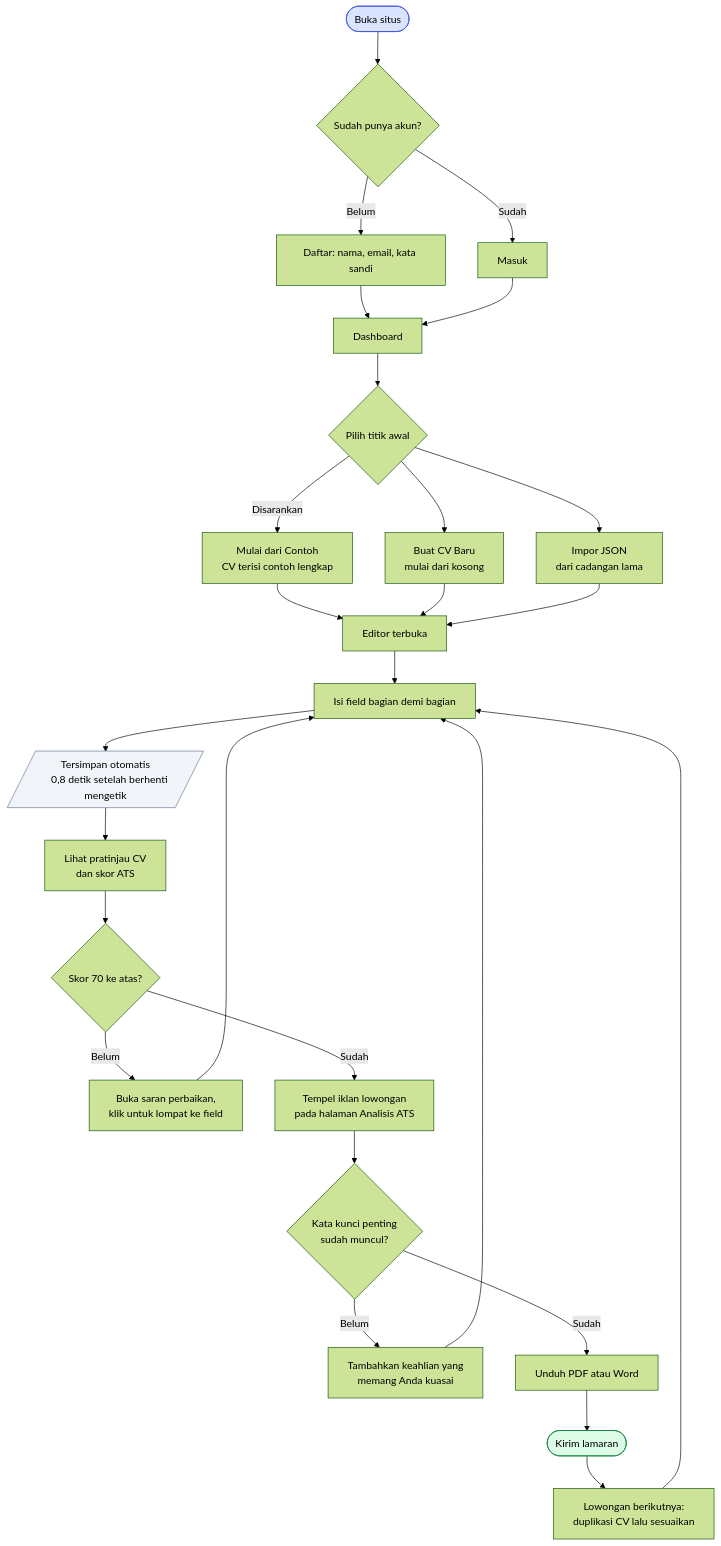
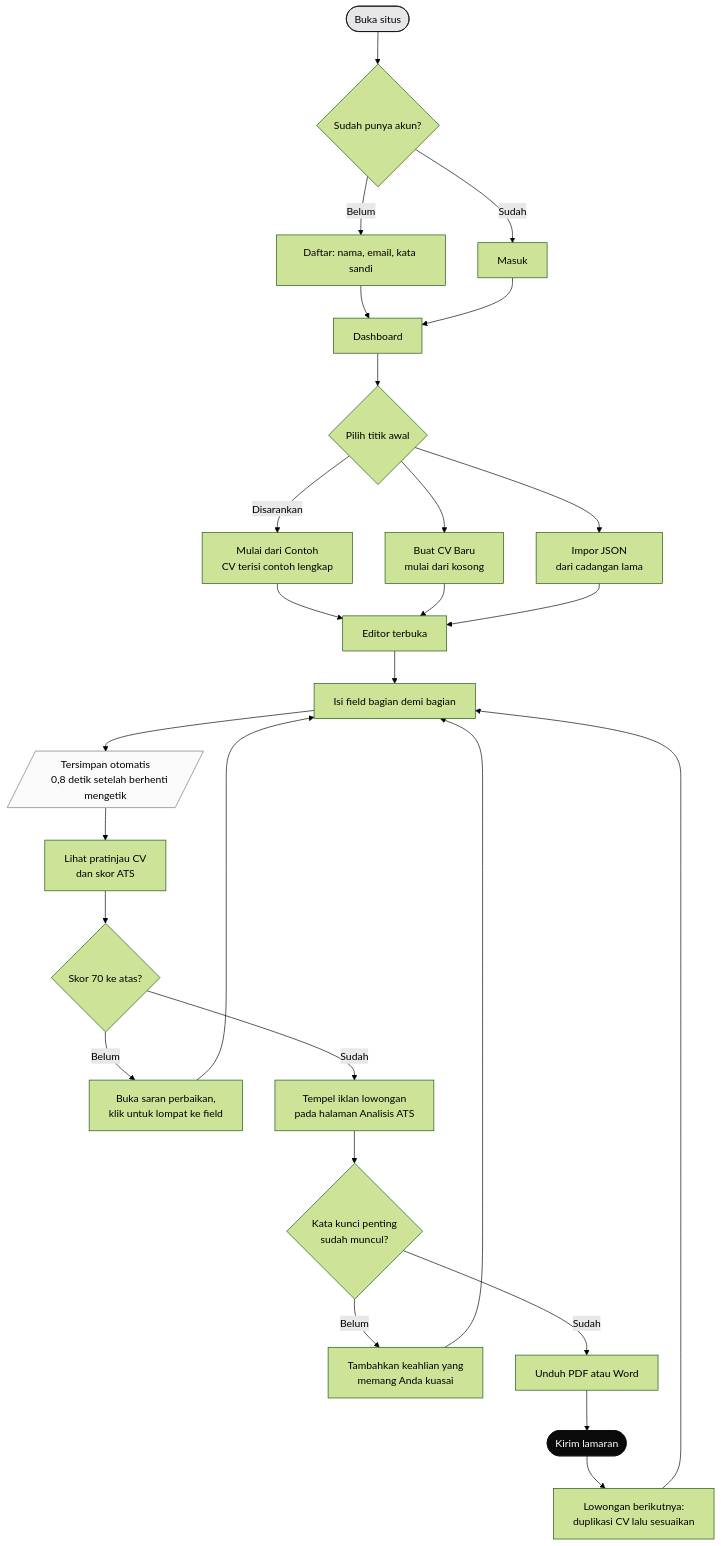
The diagram in docs/panduan-pengguna.md (Zaky-Data-Science/cv-ats-builder), drawn with Mermaid (forest theme) before and after one commit. The commit also changed other lines of this file and 126 other files, not shown here.

````diff
--- a/docs/panduan-pengguna.md
+++ b/docs/panduan-pengguna.md
@@ -54,46 +57,46 @@
 ```mermaid
 flowchart TD
     A([Buka situs]) --> B{Sudah punya akun?}
     B -- Belum --> C[Daftar: nama, email, kata sandi]
     B -- Sudah --> D[Masuk]
     C --> E[Dashboard]
     D --> E
 
     E --> F{Pilih titik awal}
     F -- Disarankan --> G[Mulai dari Contoh<br/>CV terisi contoh lengkap]
     F --> H[Buat CV Baru<br/>mulai dari kosong]
     F --> I[Impor JSON<br/>dari cadangan lama]
 
     G --> J[Editor terbuka]
     H --> J
     I --> J
 
     J --> K[Isi field bagian demi bagian]
     K --> L[/Tersimpan otomatis
     0,8 detik setelah berhenti mengetik/]
     L --> M[Lihat pratinjau CV
     dan skor ATS]
 
     M --> N{Skor 70 ke atas?}
     N -- Belum --> O[Buka saran perbaikan,
     klik untuk lompat ke field]
     O --> K
     N -- Sudah --> P[Tempel iklan lowongan
     pada halaman Analisis ATS]
 
     P --> Q{Kata kunci penting
     sudah muncul?}
     Q -- Belum --> R[Tambahkan keahlian yang
     memang Anda kuasai]
     R --> K
     Q -- Sudah --> S[Unduh PDF atau Word]
 
     S --> T([Kirim lamaran])
     T --> U[Lowongan berikutnya:
     duplikasi CV lalu sesuaikan]
     U --> K
 
-    style A fill:#dae4ff,stroke:#3b53d9
-    style T fill:#dcfce7,stroke:#15803d
-    style L fill:#f1f5f9,stroke:#64748b
+    style A fill:#e6e6e8,stroke:#0a0a0b
+    style T fill:#0a0a0b,stroke:#0a0a0b,color:#ffffff
+    style L fill:#fafafa,stroke:#74747a
 ```
````
